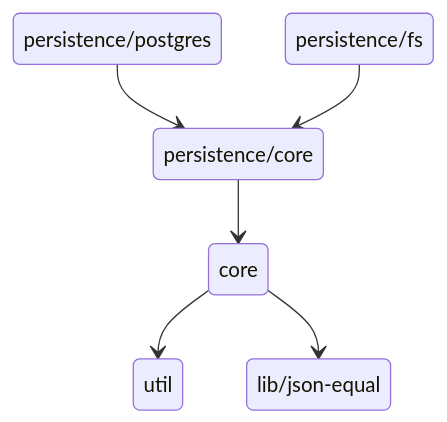
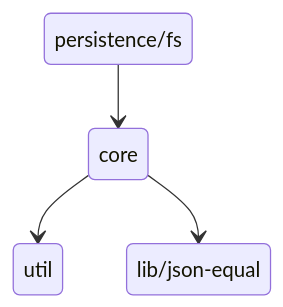
Before and after one commit to ayakovlenko/dirigent: the diagram in README.md, drawn with Mermaid. The commit also changed other lines of this file and 4 other files, not shown here.

````diff
--- a/README.md
+++ b/README.md
@@ -19,15 +19,11 @@
 ```mermaid
 stateDiagram-v2
     state "lib/json-equal" as s0
     state "core" as s1
     state "util" as s2
-    state "persistence/core" as s3
-    state "persistence/postgres" as s4
-    state "persistence/fs" as s5
+    state "persistence/fs" as s3
 
     s1 --> s2
     s1 --> s0
     s3 --> s1
-    s4 --> s3
-    s5 --> s3
 ```
````
